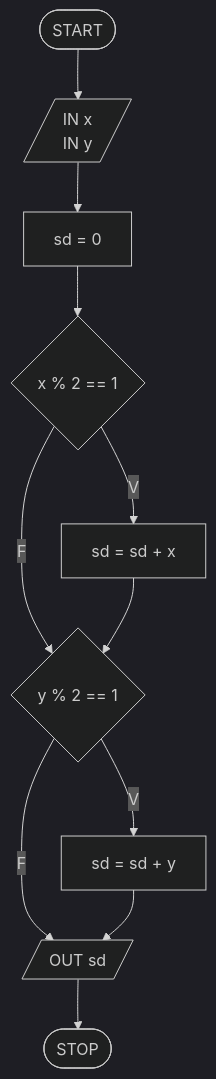
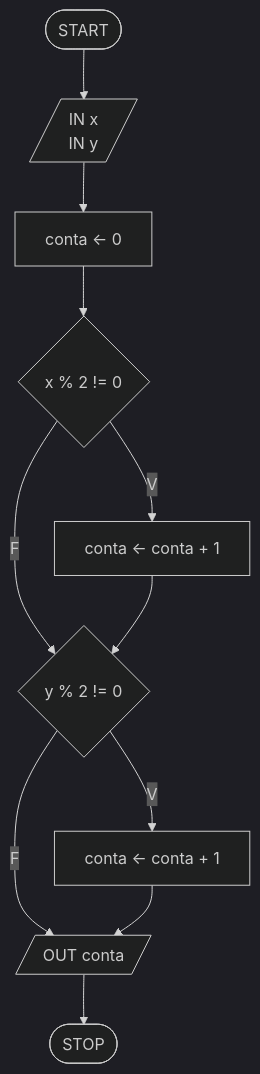
One commit to pg-laboratorio/flowcharts_laboratorio_esercizi changed diagram 11 of 28 in flowcharts_soluzioni.md. Above: the diagram before and after it, drawn with Mermaid (dark theme). The commit also changed other lines of this file, not shown here.

````diff
--- a/flowcharts_soluzioni.md
+++ b/flowcharts_soluzioni.md
@@ -214,14 +229,13 @@
 ```mermaid
 graph TD
-    START([START]) --> INPUT[/IN x<br>IN y/]
-    INPUT --> INIT[sd = 0]
-    INIT --> CHK_X{"x % 2 == 1"}
-    CHK_X -- V --> ADD_X[sd = sd + x]
-    CHK_X -- F --> CHK_Y{"y % 2 == 1"}
-    ADD_X --> CHK_Y
-    CHK_Y -- V --> ADD_Y[sd = sd + y]
-    CHK_Y -- F --> OUTPUT[/OUT sd/]
-    ADD_Y --> OUTPUT
+    START([START]) --> INPUT[/"IN x<br>IN y"/]
+    INPUT --> INIT["conta ← 0"]
+    INIT --> CX{"x % 2 != 0"}
+    CX -- V --> AX["conta ← conta + 1"]
+    CX -- F --> CY{"y % 2 != 0"}
+    AX --> CY
+    CY -- V --> AY["conta ← conta + 1"]
+    CY -- F --> OUTPUT[/"OUT conta"/]
+    AY --> OUTPUT
     OUTPUT --> STOP([STOP])
-
 ```
````
